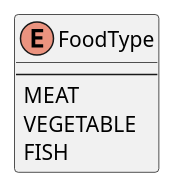
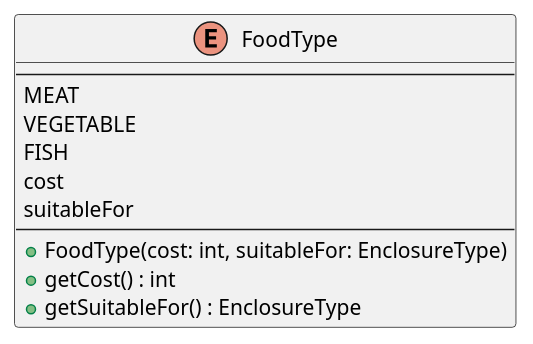
Before and after one commit to mittey68/dhbw_java_101: the diagram in readme/UML/v2/FoodType.puml, drawn with PlantUML. The commit also changed 1 other file, not shown here.

Commit message:
UML overhaul

```diff
--- a/readme/UML/v2/FoodType.puml
+++ b/readme/UML/v2/FoodType.puml
@@ -1,8 +1,14 @@
 @startuml FoodType
 enum FoodType {
     ----
     MEAT
     VEGETABLE
     FISH
+    cost
+    suitableFor
+    ----
+    +FoodType(cost: int, suitableFor: EnclosureType)
+    +getCost() : int
+    +getSuitableFor() : EnclosureType
 }
 @enduml
```
